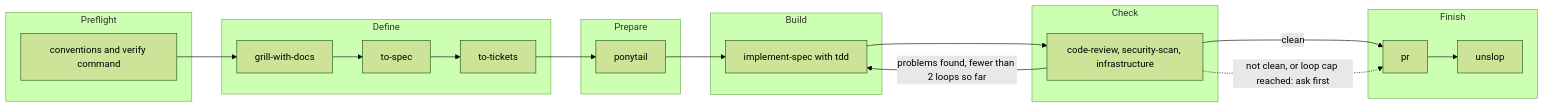
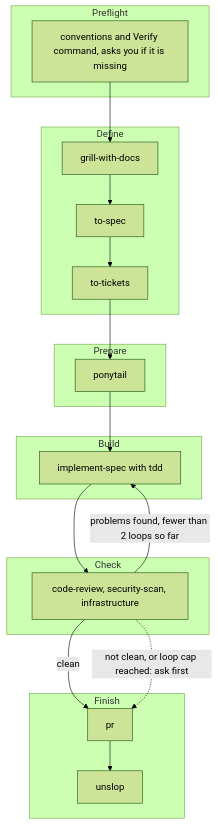
The diagram in README.md (TDSchreur/tds-factory), drawn with Mermaid (forest theme) before and after one commit. The commit also changed other lines of this file and 8 other files, not shown here.

````diff
--- a/README.md
+++ b/README.md
@@ -13,27 +11,27 @@
 ```mermaid
-flowchart LR
+flowchart TB
     subgraph Preflight
-        P[conventions and verify command]
+        P[conventions and Verify command, asks you if it is missing]
     end
     subgraph Define
         A[grill-with-docs] --> B[to-spec] --> C[to-tickets]
     end
     subgraph Prepare
         D[ponytail]
     end
     subgraph Build
         E[implement-spec with tdd]
     end
     subgraph Check
         F[code-review, security-scan, infrastructure]
     end
     subgraph Finish
         G[pr] --> H[unslop]
     end
 
     P --> A
     C --> D --> E --> F
     F -->|problems found, fewer than 2 loops so far| E
     F -->|clean| G
     F -.->|not clean, or loop cap reached: ask first| G
 ```
````
